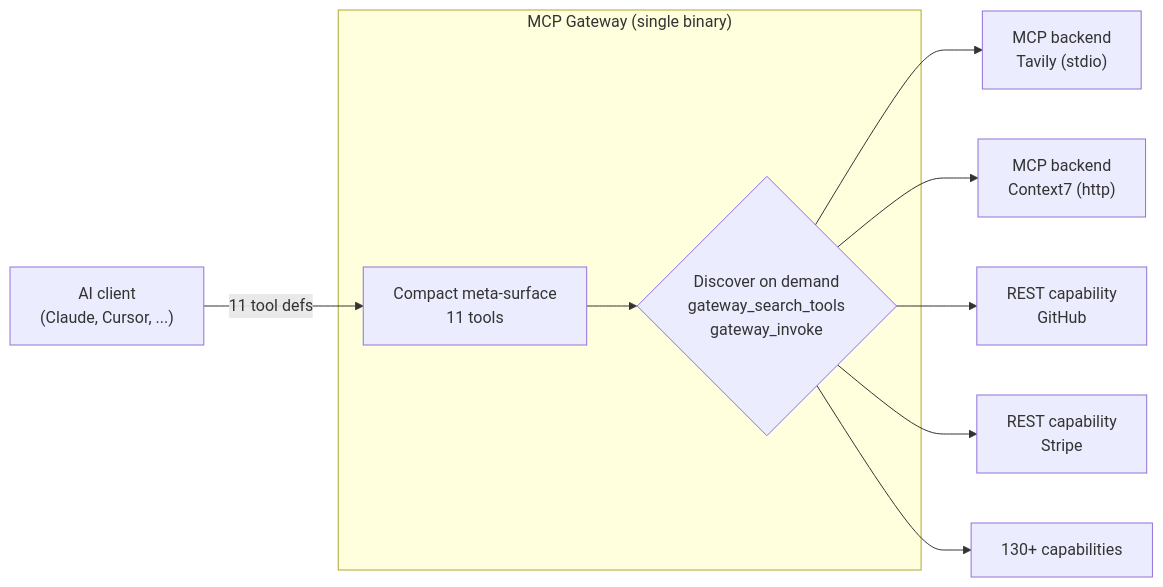
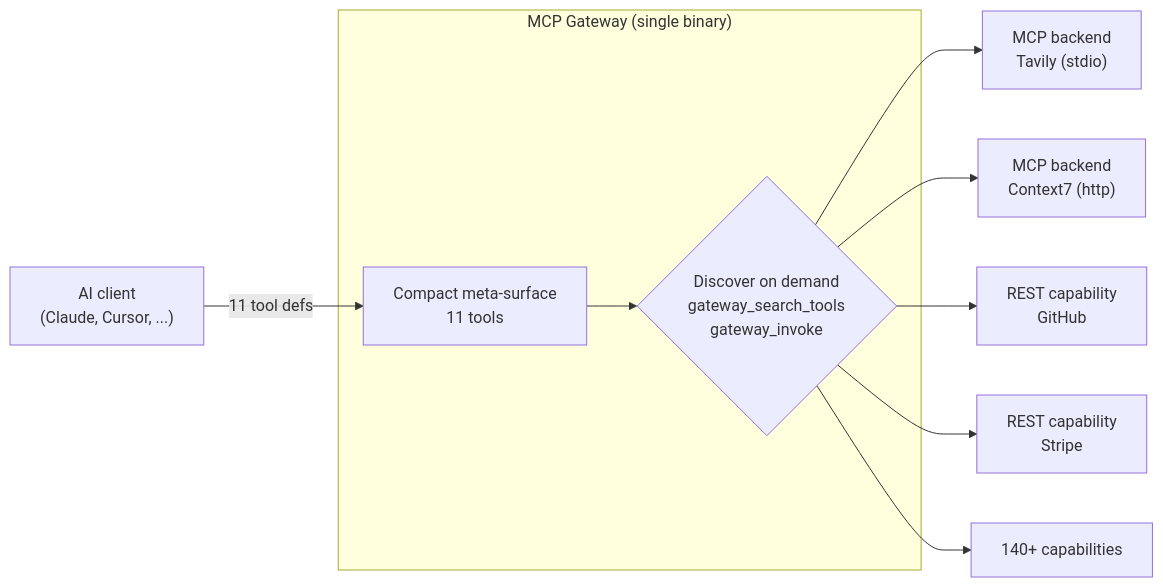
The first of 2 diagrams in README.md (MikkoParkkola/mcp-gateway), drawn with Mermaid before and after one commit. The commit also changed other lines of this file and 6 other files, not shown here.

````diff
--- a/README.md
+++ b/README.md
@@ -32,21 +32,21 @@
 ```mermaid
 flowchart LR
     AI["AI client<br/>(Claude, Cursor, ...)"]
     subgraph GW["MCP Gateway (single binary)"]
         META["Compact meta-surface<br/>11 tools"]
         DISC{"Discover on demand<br/>gateway_search_tools<br/>gateway_invoke"}
     end
     T1["MCP backend<br/>Tavily (stdio)"]
     T2["MCP backend<br/>Context7 (http)"]
     C1["REST capability<br/>GitHub"]
     C2["REST capability<br/>Stripe"]
-    Cn["130+ capabilities"]
+    Cn["140+ capabilities"]
 
     AI -->|"11 tool defs"| META
     META --> DISC
     DISC --> T1
     DISC --> T2
     DISC --> C1
     DISC --> C2
     DISC --> Cn
 ```
````
